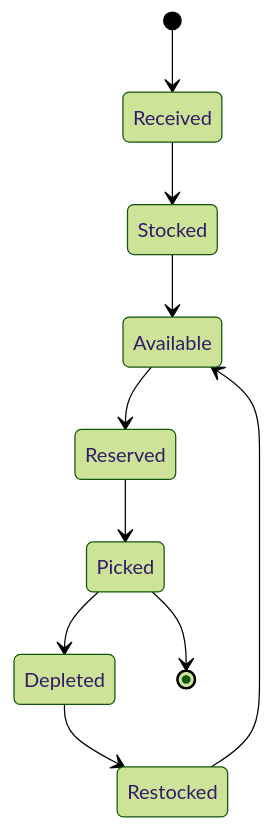
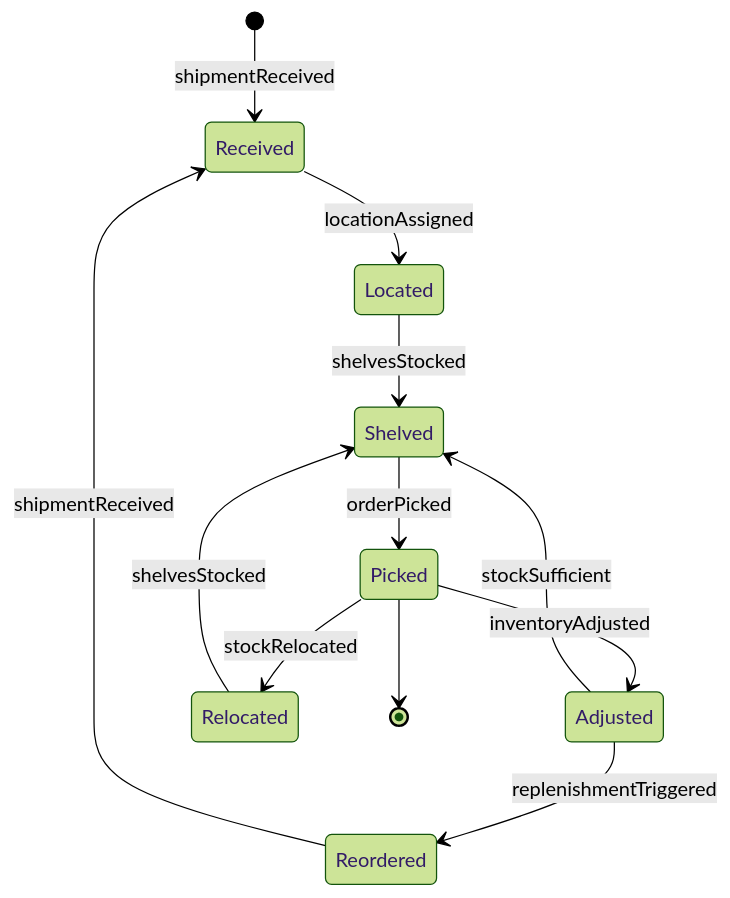
One commit to dot-org-ai/tasks.org.ai changed the second of 4 diagrams in HandlingAndMovingObjects/StockSuppliesOrProducts/StockProductsParts.mdx. Above: the diagram before and after it, drawn with Mermaid (forest theme). The commit also changed other lines of this file and 515 other files, not shown here.

````diff
--- a/HandlingAndMovingObjects/StockSuppliesOrProducts/StockProductsParts.mdx
+++ b/HandlingAndMovingObjects/StockSuppliesOrProducts/StockProductsParts.mdx
@@ -99,12 +99,14 @@
 ```mermaid
 stateDiagram-v2
-    [*] --> Received
-    Received --> Stocked
-    Stocked --> Available
-    Available --> Reserved
-    Reserved --> Picked
-    Picked --> Depleted
-    Depleted --> Restocked
-    Restocked --> Available
+    [*] --> Received : shipmentReceived
+    Received --> Located : locationAssigned
+    Located --> Shelved : shelvesStocked
+    Shelved --> Picked : orderPicked
+    Picked --> Adjusted : inventoryAdjusted
+    Adjusted --> Reordered : replenishmentTriggered
+    Reordered --> Received : shipmentReceived
+    Adjusted --> Shelved : stockSufficient
+    Picked --> Relocated : stockRelocated
+    Relocated --> Shelved : shelvesStocked
     Picked --> [*]
 ```
````
